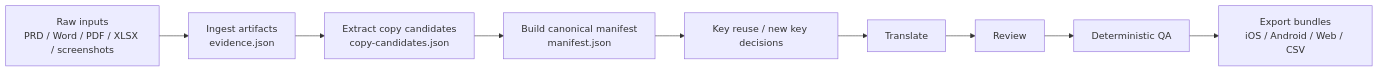
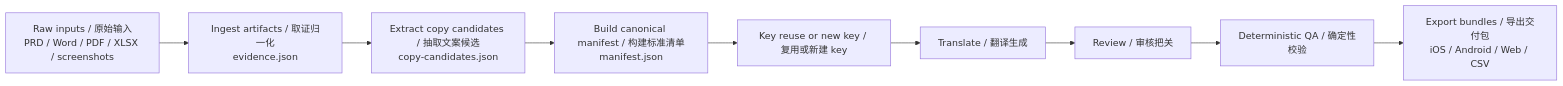
Before and after one commit to jerry3413/prd-to-i18n-skill: the diagram in README.md, drawn with Mermaid. The commit also changed other lines of this file, not shown here.

````diff
--- a/README.md
+++ b/README.md
@@ -14,11 +23,11 @@
 ```mermaid
 flowchart LR
-    A["Raw inputs<br/>PRD / Word / PDF / XLSX / screenshots"] --> B["Ingest artifacts<br/>evidence.json"]
-    B --> C["Extract copy candidates<br/>copy-candidates.json"]
-    C --> D["Build canonical manifest<br/>manifest.json"]
-    D --> E["Key reuse / new key decisions"]
-    E --> F["Translate"]
-    F --> G["Review"]
-    G --> H["Deterministic QA"]
-    H --> I["Export bundles<br/>iOS / Android / Web / CSV"]
+    A["Raw inputs / 原始输入<br/>PRD / Word / PDF / XLSX / screenshots"] --> B["Ingest artifacts / 取证归一化<br/>evidence.json"]
+    B --> C["Extract copy candidates / 抽取文案候选<br/>copy-candidates.json"]
+    C --> D["Build canonical manifest / 构建标准清单<br/>manifest.json"]
+    D --> E["Key reuse or new key / 复用或新建 key"]
+    E --> F["Translate / 翻译生成"]
+    F --> G["Review / 审核把关"]
+    G --> H["Deterministic QA / 确定性校验"]
+    H --> I["Export bundles / 导出交付包<br/>iOS / Android / Web / CSV"]
 ```
````
